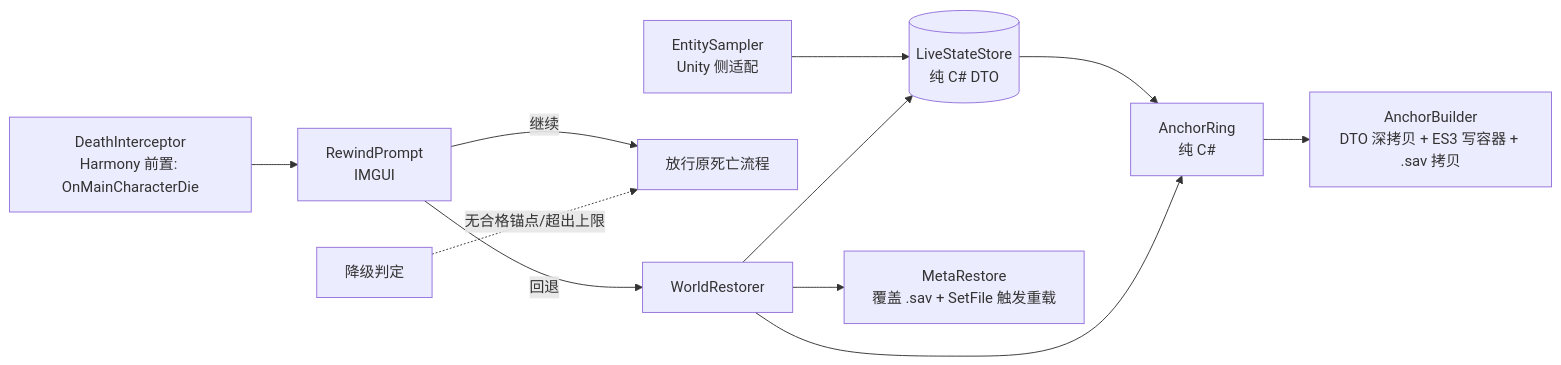
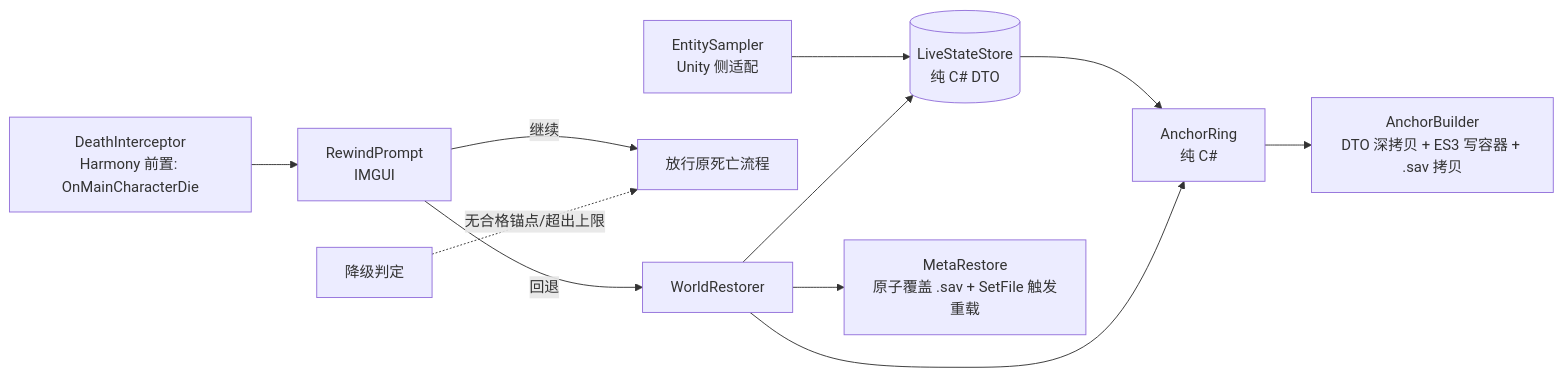
One commit to GadgetSheng/duckov-mod-death-rewind changed the diagram in docs/superpowers/specs/2026-10-20-death-rewind-design.md. Above: the diagram before and after it, drawn with Mermaid. The commit also changed other lines of this file, not shown here.

````diff
--- a/docs/superpowers/specs/2026-10-20-death-rewind-design.md
+++ b/docs/superpowers/specs/2026-10-20-death-rewind-design.md
@@ -76,13 +82,13 @@
 ```mermaid
 flowchart LR
   D[DeathInterceptor<br/>Harmony 前置: OnMainCharacterDie] --> U[RewindPrompt<br/>IMGUI]
   U -->|回退| R[WorldRestorer]
   U -->|继续| P[放行原死亡流程]
   S[EntitySampler<br/>Unity 侧适配] --> W[(LiveStateStore<br/>纯 C# DTO)]
   W --> A[AnchorRing<br/>纯 C#]
   A --> B[AnchorBuilder<br/>DTO 深拷贝 + ES3 写容器 + .sav 拷贝]
   R --> A
   R --> W
-  R --> FS[MetaRestore<br/>覆盖 .sav + SetFile 触发重载]
+  R --> FS[MetaRestore<br/>原子覆盖 .sav + SetFile 触发重载]
   C[降级判定] -.无合格锚点/超出上限.-> P
 ```
````
